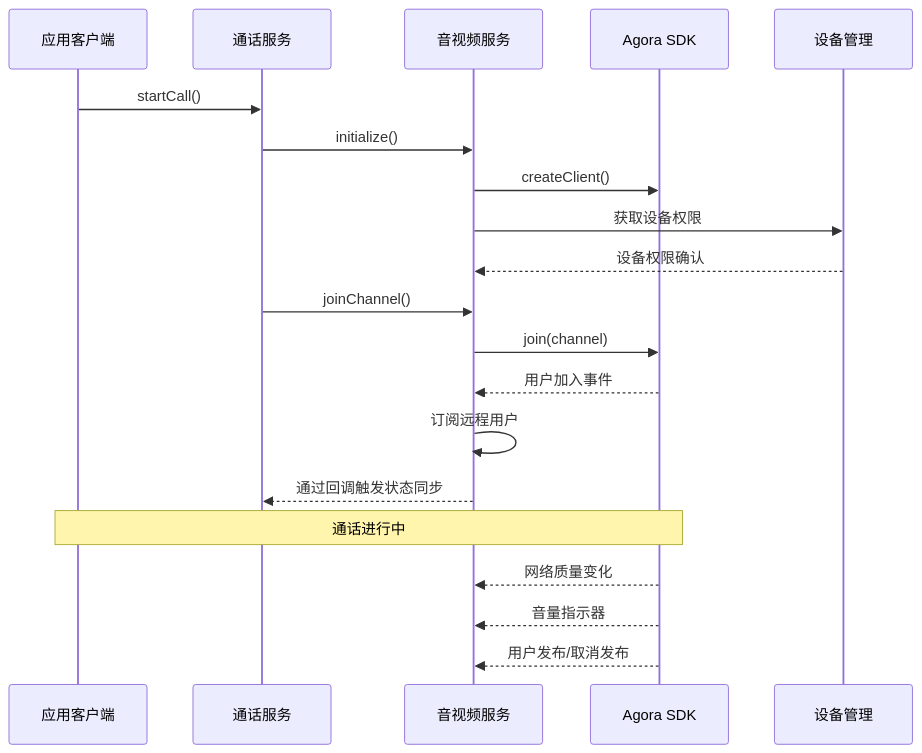
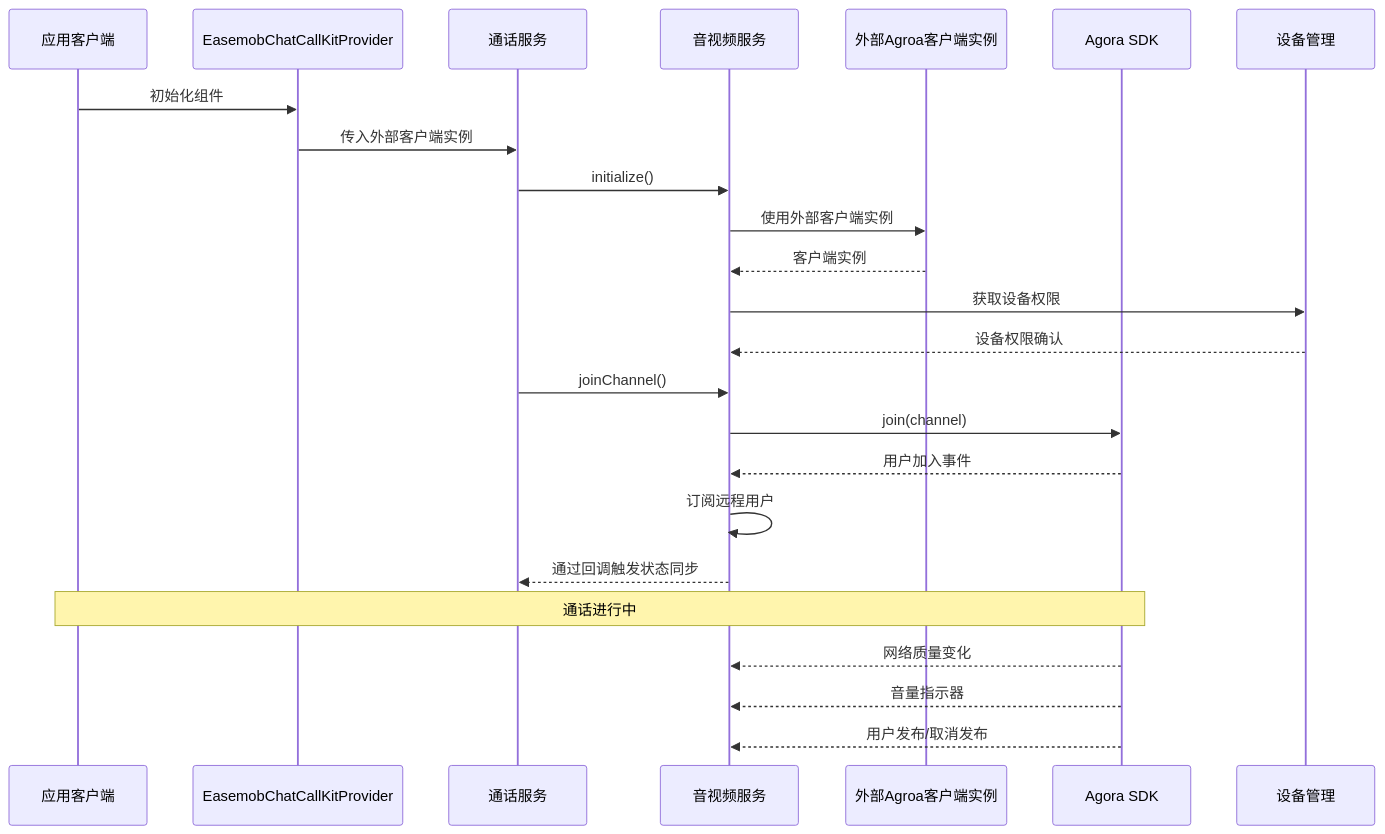
The fourth of 16 diagrams in .qoder/repowiki/zh/content/服务层/音视频服务 (RtcService).md (Easemob-Community/easemob-uikit-callkit-vue3), drawn with Mermaid before and after one commit. The commit also changed other lines of this file and 6 other files, not shown here.

````diff
--- a/.qoder/repowiki/zh/content/服务层/音视频服务 (RtcService).md
+++ b/.qoder/repowiki/zh/content/服务层/音视频服务 (RtcService).md
@@ -188,22 +244,26 @@
 ```mermaid
 sequenceDiagram
 participant Client as 应用客户端
+participant EasemobProvider as EasemobChatCallKitProvider
 participant CallService as 通话服务
 participant RtcService as 音视频服务
+participant ExternalClient as 外部Agroa客户端实例
 participant Agora as Agora SDK
 participant Device as 设备管理
-Client->>CallService : startCall()
+Client->>EasemobProvider : 初始化组件
+EasemobProvider->>CallService : 传入外部客户端实例
 CallService->>RtcService : initialize()
-RtcService->>Agora : createClient()
+RtcService->>ExternalClient : 使用外部客户端实例
+ExternalClient-->>RtcService : 客户端实例
 RtcService->>Device : 获取设备权限
 Device-->>RtcService : 设备权限确认
 CallService->>RtcService : joinChannel()
 RtcService->>Agora : join(channel)
 Agora-->>RtcService : 用户加入事件
 RtcService->>RtcService : 订阅远程用户
 RtcService-->>CallService : 通过回调触发状态同步
 Note over Client,Agora : 通话进行中
 Agora-->>RtcService : 网络质量变化
 Agora-->>RtcService : 音量指示器
 Agora-->>RtcService : 用户发布/取消发布
 ```
````
